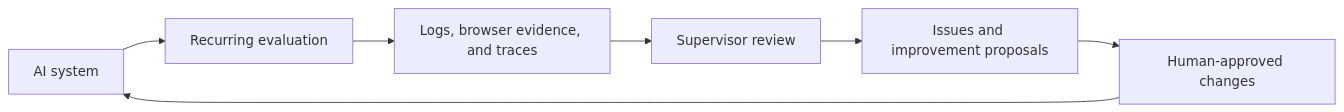
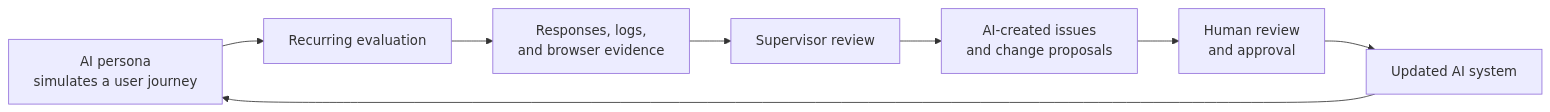
One commit to forthfate/openorbit changed the diagram in README.md. Above: the diagram before and after it, drawn with Mermaid. The commit also changed other lines of this file and 7 other files, not shown here.

````diff
--- a/README.md
+++ b/README.md
@@ -22,9 +24,12 @@
 ```mermaid
 flowchart LR
-  A[AI system] --> B[Recurring evaluation]
-  B --> C[Logs, browser evidence, and traces]
-  C --> D[Supervisor review]
-  D --> E[Issues and improvement proposals]
-  E --> F[Human-approved changes]
-  F --> A
+  A[AI persona<br/>simulates a user journey]
+  B[Recurring evaluation]
+  C[Responses, logs,<br/>and browser evidence]
+  D[Supervisor review]
+  E[AI-created issues<br/>and change proposals]
+  F[Human review<br/>and approval]
+  G[Updated AI system]
+
+  A --> B --> C --> D --> E --> F --> G --> A
 ```
````
